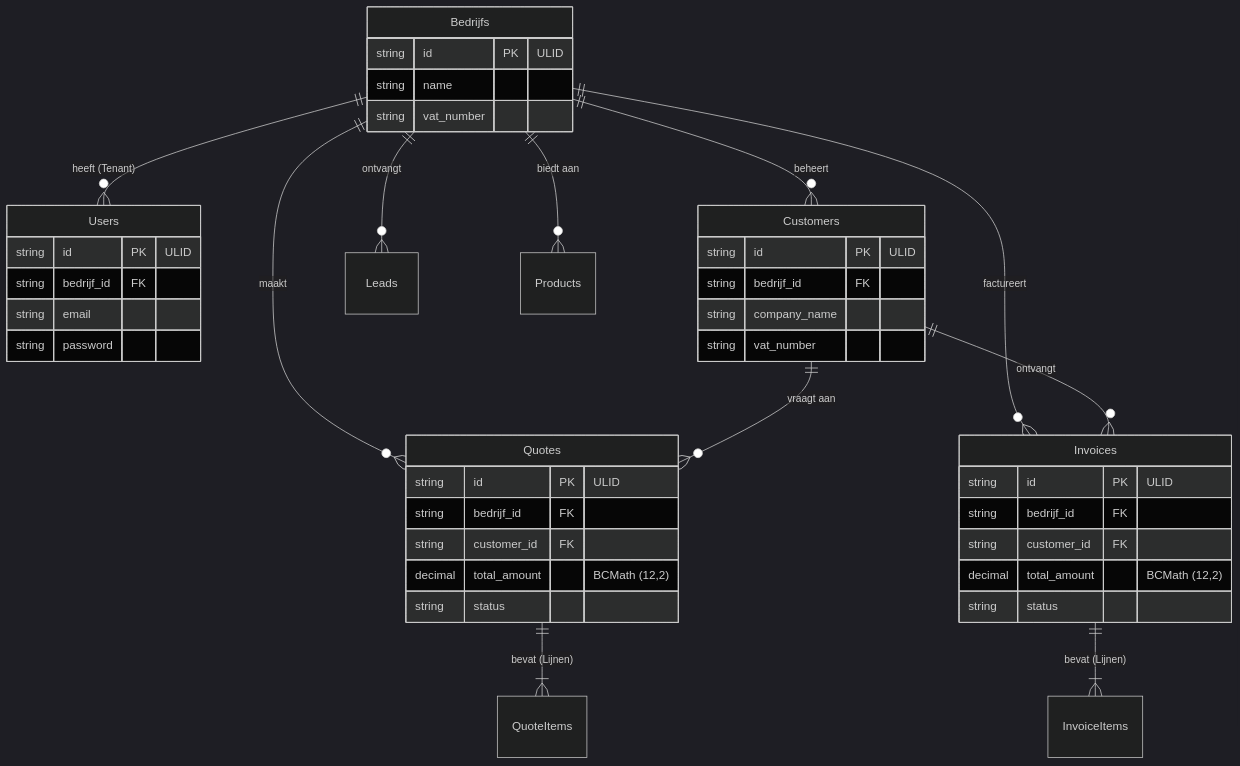
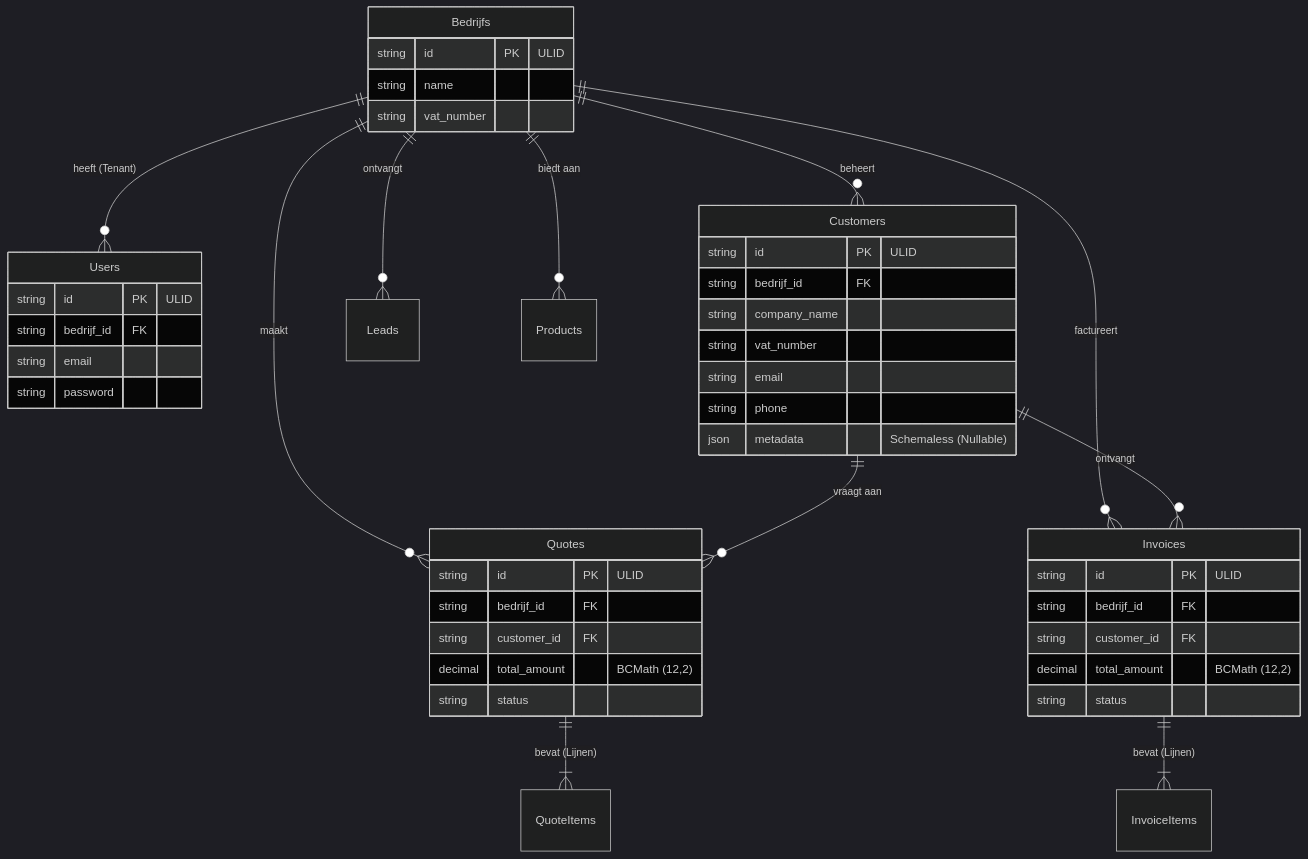
The diagram in Neerslag_Eigen_Project_Compleet.md (ZetKamil/invoicing-program), drawn with Mermaid (dark theme) before and after one commit. The commit also changed 38 other files, not shown here.

````diff
--- a/Neerslag_Eigen_Project_Compleet.md
+++ b/Neerslag_Eigen_Project_Compleet.md
@@ -66,47 +66,50 @@
   ```mermaid
   erDiagram
       Bedrijfs ||--o{ Users : "heeft (Tenant)"
       Bedrijfs ||--o{ Customers : "beheert"
       Bedrijfs ||--o{ Leads : "ontvangt"
       Bedrijfs ||--o{ Quotes : "maakt"
       Bedrijfs ||--o{ Invoices : "factureert"
       Bedrijfs ||--o{ Products : "biedt aan"
 
       Customers ||--o{ Quotes : "vraagt aan"
       Customers ||--o{ Invoices : "ontvangt"
       
       Quotes ||--|{ QuoteItems : "bevat (Lijnen)"
       Invoices ||--|{ InvoiceItems : "bevat (Lijnen)"
 
       Bedrijfs {
           string id PK "ULID"
           string name
           string vat_number
       }
       Users {
           string id PK "ULID"
           string bedrijf_id FK
           string email
           string password
       }
       Customers {
           string id PK "ULID"
           string bedrijf_id FK
           string company_name
           string vat_number
+          string email
+          string phone
+          json metadata "Schemaless (Nullable)"
       }
       Quotes {
           string id PK "ULID"
           string bedrijf_id FK
           string customer_id FK
           decimal total_amount "BCMath (12,2)"
           string status
       }
       Invoices {
           string id PK "ULID"
           string bedrijf_id FK
           string customer_id FK
           decimal total_amount "BCMath (12,2)"
           string status
       }
   ```
````
